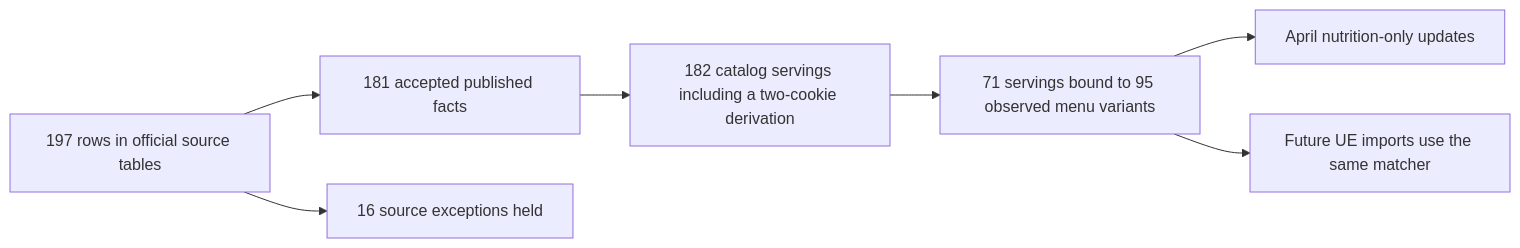
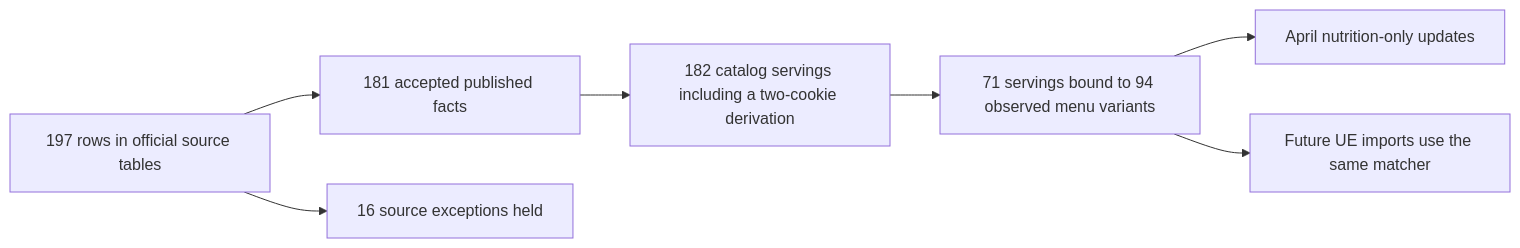
Before and after one commit to dgmolla/fitsy: the diagram in docs/engineering/pipeline/chain-catalog-expansion.md, drawn with Mermaid. The commit also changed other lines of this file and 4 other files, not shown here.

````diff
--- a/docs/engineering/pipeline/chain-catalog-expansion.md
+++ b/docs/engineering/pipeline/chain-catalog-expansion.md
@@ -5,9 +5,9 @@
 ```mermaid
 flowchart LR
   P[197 rows in official source tables] --> A[181 accepted published facts]
   P --> H[16 source exceptions held]
   A --> C[182 catalog servings including a two-cookie derivation]
-  C --> M[71 servings bound to 95 observed menu variants]
+  C --> M[71 servings bound to 94 observed menu variants]
   M --> E[April nutrition-only updates]
   M --> U[Future UE imports use the same matcher]
 ```
````
